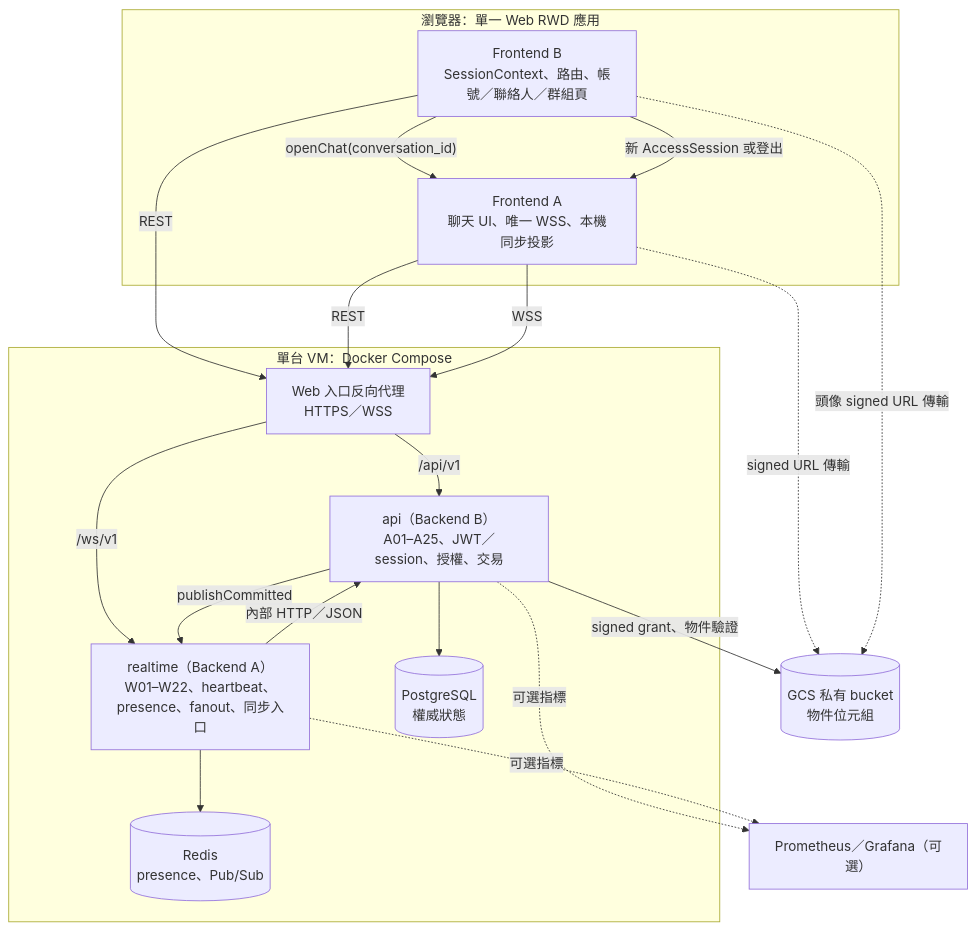
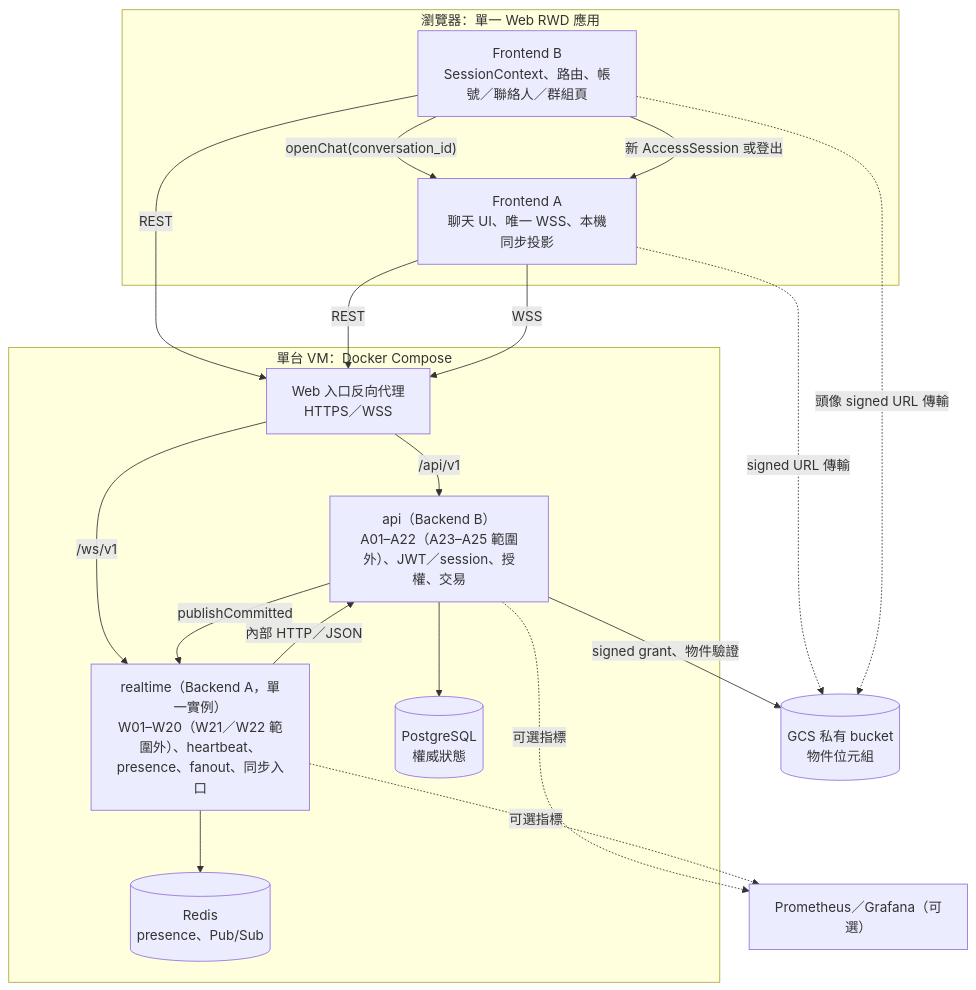
The second of 9 diagrams in docs/architecture/README.md (LeoCheng-space/Hine), drawn with Mermaid before and after one commit. The commit also changed other lines of this file and 11 other files, not shown here.

````diff
--- a/docs/architecture/README.md
+++ b/docs/architecture/README.md
@@ -45,32 +45,32 @@
 ```mermaid
 flowchart TB
   subgraph client["瀏覽器：單一 Web RWD 應用"]
     fb["Frontend B<br/>SessionContext、路由、帳號／聯絡人／群組頁"]
     fa["Frontend A<br/>聊天 UI、唯一 WSS、本機同步投影"]
     fb -->|"openChat(conversation_id)"| fa
     fb -->|"新 AccessSession 或登出"| fa
   end
   subgraph host["單台 VM：Docker Compose"]
     ingress["Web 入口反向代理<br/>HTTPS／WSS"]
-    api["api（Backend B）<br/>A01–A25、JWT／session、授權、交易"]
-    rt["realtime（Backend A）<br/>W01–W22、heartbeat、presence、fanout、同步入口"]
+    api["api（Backend B）<br/>A01–A22（A23–A25 範圍外）、JWT／session、授權、交易"]
+    rt["realtime（Backend A，單一實例）<br/>W01–W20（W21／W22 範圍外）、heartbeat、presence、fanout、同步入口"]
     pg[("PostgreSQL<br/>權威狀態")]
     redis[("Redis<br/>presence、Pub/Sub")]
     ingress -->|"/api/v1"| api
     ingress -->|"/ws/v1"| rt
     rt -->|"內部 HTTP／JSON"| api
     api -->|"publishCommitted"| rt
     api --> pg
     rt --> redis
   end
   gcs[("GCS 私有 bucket<br/>物件位元組")]
   fb -->|"REST"| ingress
   fa -->|"REST"| ingress
   fa -->|"WSS"| ingress
   api -->|"signed grant、物件驗證"| gcs
   fa -.->|"signed URL 傳輸"| gcs
   fb -.->|"頭像 signed URL 傳輸"| gcs
   opt["Prometheus／Grafana（可選）"]
   api -.->|"可選指標"| opt
   rt -.->|"可選指標"| opt
 ```
````
